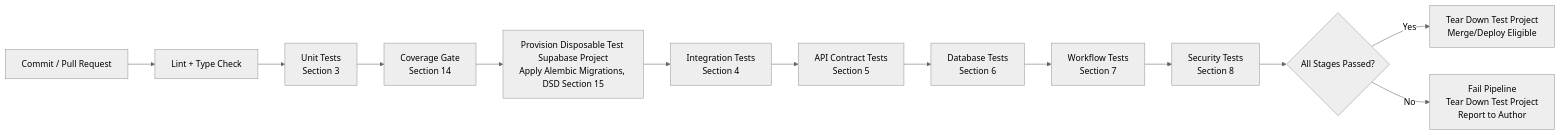
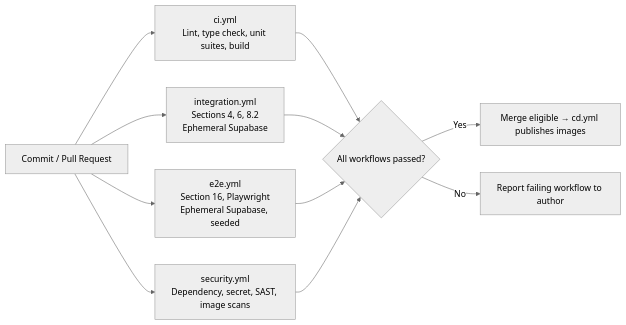
One commit to ayeshashahzad565-dev/enterprise-automation-hub changed the fifth of 5 diagrams in docs/testing_strategy.md. Above: the diagram before and after it, drawn with Mermaid (neutral theme). The commit also changed other lines of this file and 1 other file, not shown here.

````diff
--- a/docs/testing_strategy.md
+++ b/docs/testing_strategy.md
@@ -497,15 +525,13 @@
 ```mermaid
 flowchart LR
-    A[Commit / Pull Request] --> B[Lint + Type Check]
-    B --> C[Unit Tests<br/>Section 3]
-    C --> D[Coverage Gate<br/>Section 14]
-    D --> E[Provision Disposable Test Supabase Project<br/>Apply Alembic Migrations, DSD Section 15]
-    E --> F[Integration Tests<br/>Section 4]
-    F --> G[API Contract Tests<br/>Section 5]
-    G --> H[Database Tests<br/>Section 6]
-    H --> I[Workflow Tests<br/>Section 7]
-    I --> J[Security Tests<br/>Section 8]
-    J --> K{All Stages Passed?}
-    K -->|Yes| L[Tear Down Test Project<br/>Merge/Deploy Eligible]
-    K -->|No| M[Fail Pipeline<br/>Tear Down Test Project<br/>Report to Author]
+    A[Commit / Pull Request] --> B[ci.yml<br/>Lint, type check, unit suites, build]
+    A --> C[integration.yml<br/>Sections 4, 6, 8.2<br/>Ephemeral Supabase]
+    A --> D[e2e.yml<br/>Section 16, Playwright<br/>Ephemeral Supabase, seeded]
+    A --> E[security.yml<br/>Dependency, secret, SAST, image scans]
+    B --> F{All workflows passed?}
+    C --> F
+    D --> F
+    E --> F
+    F -->|Yes| G[Merge eligible → cd.yml publishes images]
+    F -->|No| H[Report failing workflow to author]
 ```
````
